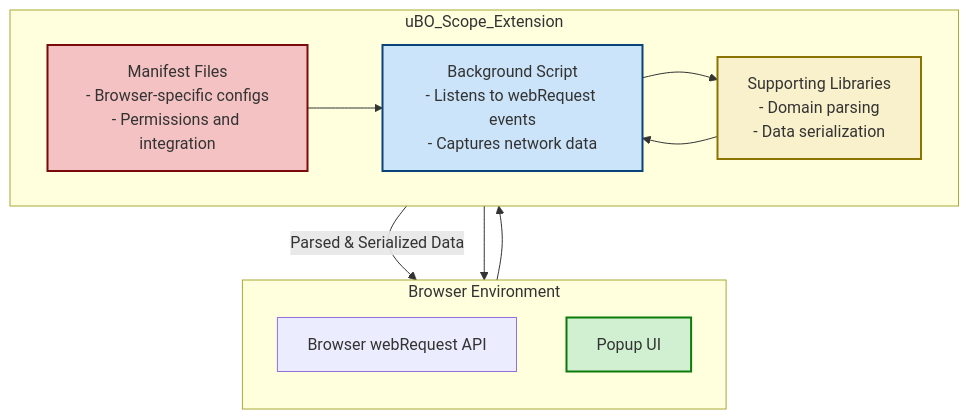
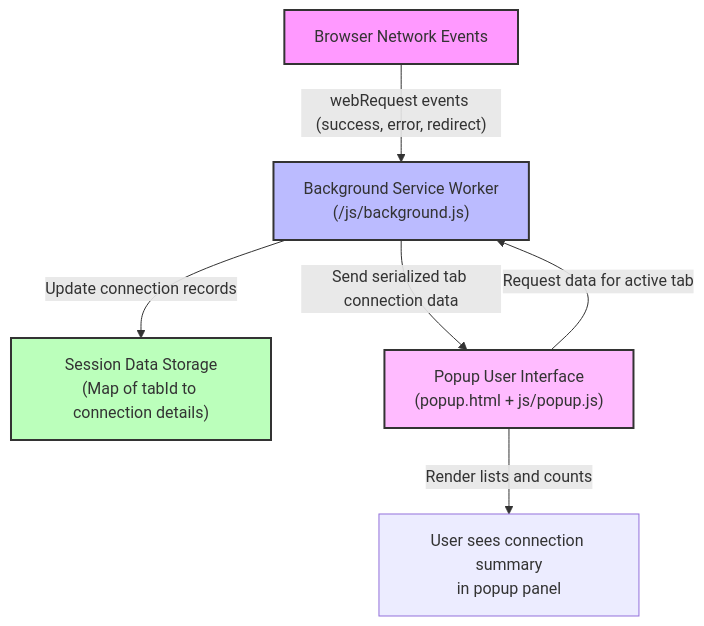
One commit to clidey/docucod-public-project-adf15a81-508f-4f0d-9083-12549e1f66a0 changed the diagram in overview/architecture-and-concepts/architecture-diagram.mdx. Above: the diagram before and after it, drawn with Mermaid. The commit also changed other lines of this file and 19 other files, not shown here.

````diff
--- a/overview/architecture-and-concepts/architecture-diagram.mdx
+++ b/overview/architecture-and-concepts/architecture-diagram.mdx
@@ -46,29 +30,34 @@
 ```mermaid
 flowchart TD
 
-    subgraph Browser Environment
-        direction TB
-        BrowserAPI["Browser webRequest API"]
-        PopupUI["Popup UI"]
-    end
+  %% Browser and Network Events
+  Browser["Browser Network Events"]
 
-    subgraph uBO_Scope_Extension
-        direction LR
-        BGScript["Background Script<br/>- Listens to webRequest events<br/>- Captures network data"]
-        Libs["Supporting Libraries<br/>- Domain parsing<br/>- Data serialization"]
-        Manifest["Manifest Files<br/>- Browser-specific configs<br/>- Permissions and integration"]
-    end
+  %% Background Service Worker
+  Background["Background Service Worker\n(/js/background.js)"]
 
-    BrowserAPI --> BGScript
-    BGScript --"Parsed & Serialized Data"--> PopupUI
-    BGScript --> Libs
-    Libs --> BGScript
-    Manifest --> BGScript
-    Manifest --> PopupUI
+  %% Session Data
+  Session["Session Data Storage\n(Map of tabId to connection details)"]
 
-    style BGScript fill:#cbe4f9,stroke:#0a437a,stroke-width:2px
-    style PopupUI fill:#d1f0d1,stroke:#0a7a0a,stroke-width:2px
-    style Libs fill:#f9f1cb,stroke:#8a7500,stroke-width:2px
-    style Manifest fill:#f4c2c2,stroke:#7a0a0a,stroke-width:2px
+  %% Popup UI
+  Popup["Popup User Interface\n(popup.html + js/popup.js)"]
+
+  %% Interaction Arrows
+  Browser -->|"webRequest events (success, error, redirect)"| Background
+  Background -->|"Update connection records"| Session
+  Popup -->|"Request data for active tab"| Background
+  Background -->|"Send serialized tab connection data"| Popup
+  Popup -->|"Render lists and counts"| PopupUI["User sees connection summary\nin popup panel"]
+
+  %% Style for clarity
+  classDef browserStyle fill:#f9f,stroke:#333,stroke-width:2px;
+  classDef backgroundStyle fill:#bbf,stroke:#333,stroke-width:2px;
+  classDef sessionStyle fill:#bfb,stroke:#333,stroke-width:2px;
+  classDef popupStyle fill:#fbf,stroke:#333,stroke-width:2px;
+
+  class Browser browserStyle;
+  class Background backgroundStyle;
+  class Session sessionStyle;
+  class Popup,popupUI popupStyle;
 
 ```
````
